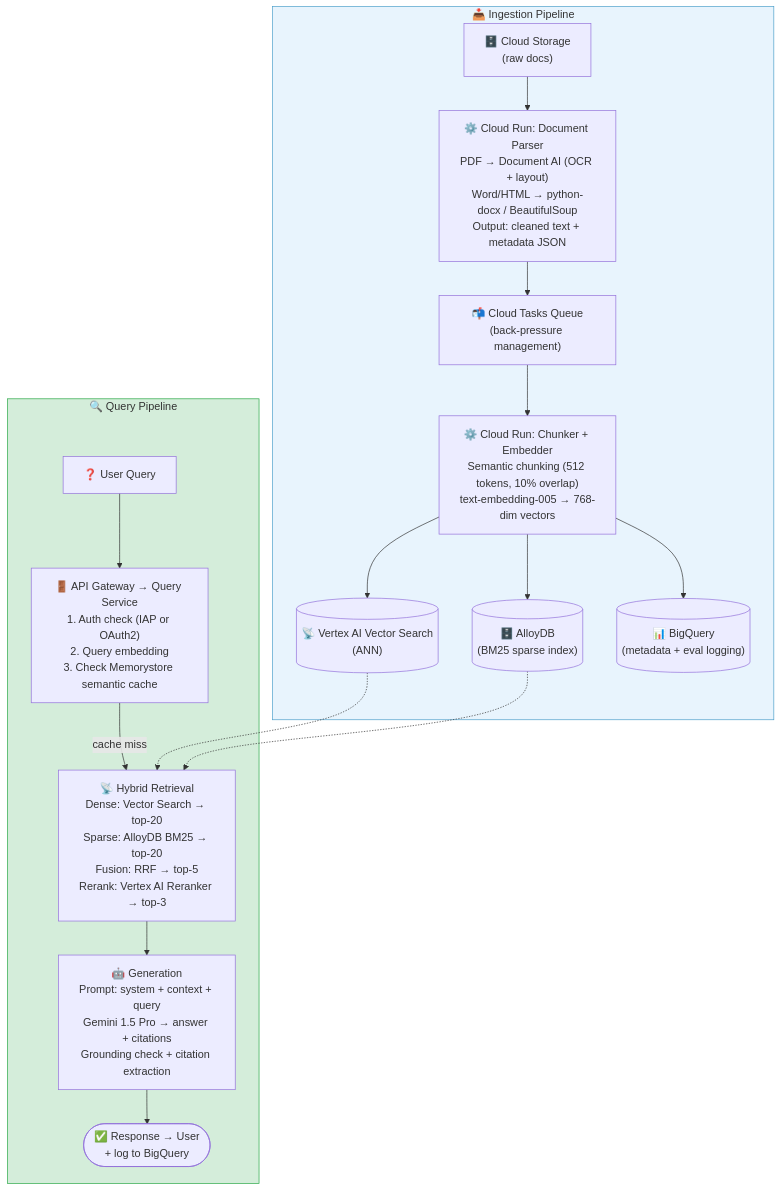
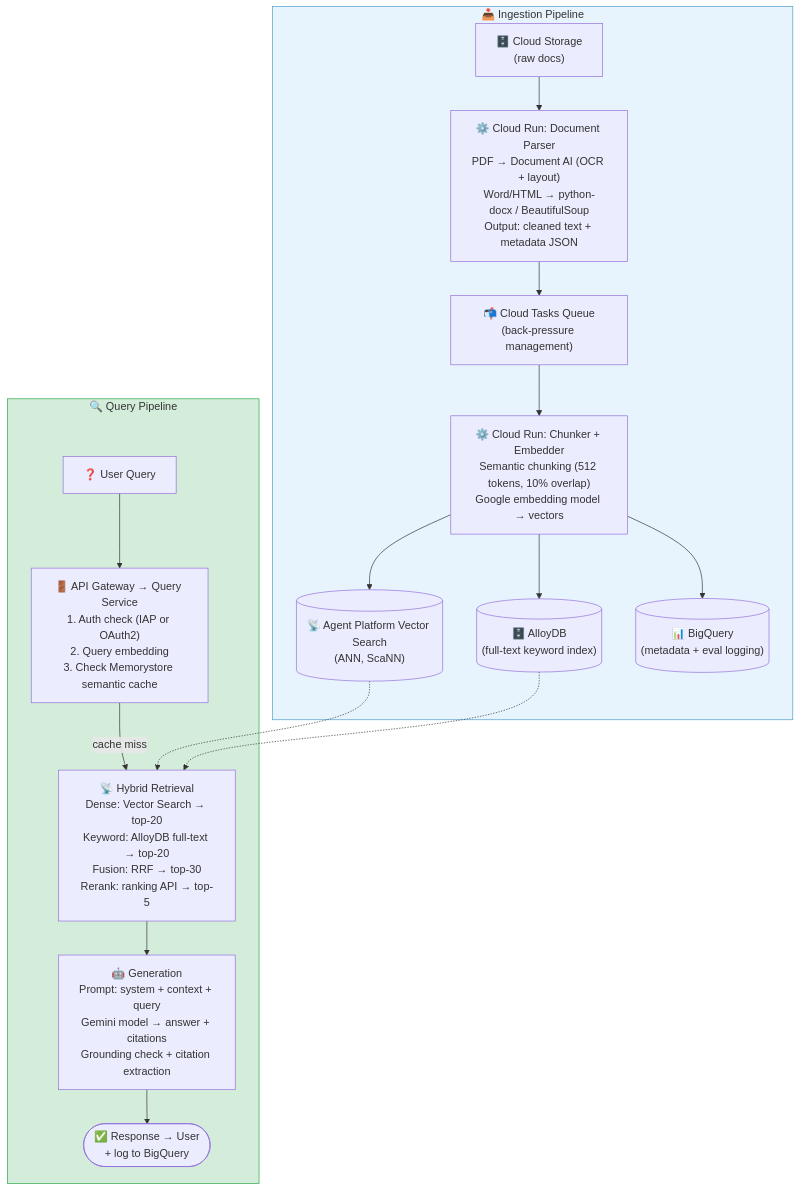
The diagram in src/content/11-RAG/SystemDesigns/01-simple-rag.mdx (sundante/sun-course-genai), drawn with Mermaid before and after one commit. The commit also changed other lines of this file and 24 other files, not shown here.

````diff
--- a/src/content/11-RAG/SystemDesigns/01-simple-rag.mdx
+++ b/src/content/11-RAG/SystemDesigns/01-simple-rag.mdx
@@ -31,24 +31,24 @@
 ```mermaid
 flowchart TD
     subgraph INGEST["📥 Ingestion Pipeline"]
         CS["🗄️ Cloud Storage<br/>(raw docs)"] --> DP["⚙️ Cloud Run: Document Parser<br/>PDF → Document AI (OCR + layout)<br/>Word/HTML → python-docx / BeautifulSoup<br/>Output: cleaned text + metadata JSON"]
         DP --> CT["📬 Cloud Tasks Queue<br/>(back-pressure management)"]
-        CT --> CE["⚙️ Cloud Run: Chunker + Embedder<br/>Semantic chunking (512 tokens, 10% overlap)<br/>text-embedding-005 → 768-dim vectors"]
-        CE --> VS[("📡 Vertex AI Vector Search<br/>(ANN)")]
-        CE --> AD[("🗄️ AlloyDB<br/>(BM25 sparse index)")]
+        CT --> CE["⚙️ Cloud Run: Chunker + Embedder<br/>Semantic chunking (512 tokens, 10% overlap)<br/>Google embedding model → vectors"]
+        CE --> VS[("📡 Agent Platform Vector Search<br/>(ANN, ScaNN)")]
+        CE --> AD[("🗄️ AlloyDB<br/>(full-text keyword index)")]
         CE --> BQ[("📊 BigQuery<br/>(metadata + eval logging)")]
     end
 
     subgraph QUERY["🔍 Query Pipeline"]
         UQ["❓ User Query"] --> GW["🚪 API Gateway → Query Service<br/>1. Auth check (IAP or OAuth2)<br/>2. Query embedding<br/>3. Check Memorystore semantic cache"]
-        GW -->|cache miss| HR["📡 Hybrid Retrieval<br/>Dense: Vector Search → top-20<br/>Sparse: AlloyDB BM25 → top-20<br/>Fusion: RRF → top-5<br/>Rerank: Vertex AI Reranker → top-3"]
-        HR --> GEN["🤖 Generation<br/>Prompt: system + context + query<br/>Gemini 1.5 Pro → answer + citations<br/>Grounding check + citation extraction"]
+        GW -->|cache miss| HR["📡 Hybrid Retrieval<br/>Dense: Vector Search → top-20<br/>Keyword: AlloyDB full-text → top-20<br/>Fusion: RRF → top-30<br/>Rerank: ranking API → top-5"]
+        HR --> GEN["🤖 Generation<br/>Prompt: system + context + query<br/>Gemini model → answer + citations<br/>Grounding check + citation extraction"]
         GEN --> ANS(["✅ Response → User<br/>+ log to BigQuery"])
     end
 
     VS -.-> HR
     AD -.-> HR
 
     style INGEST fill:#e8f4fd,stroke:#4a9eca
     style QUERY fill:#d4edda,stroke:#28a745
 ```
````
